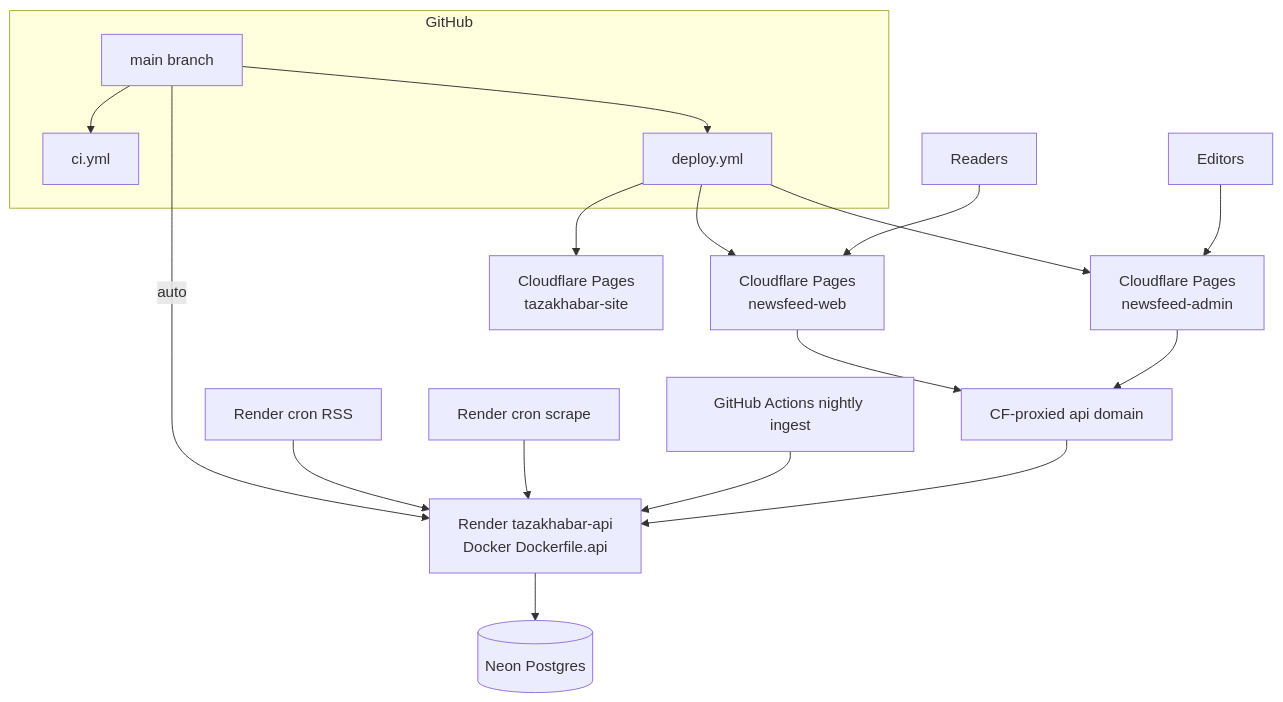
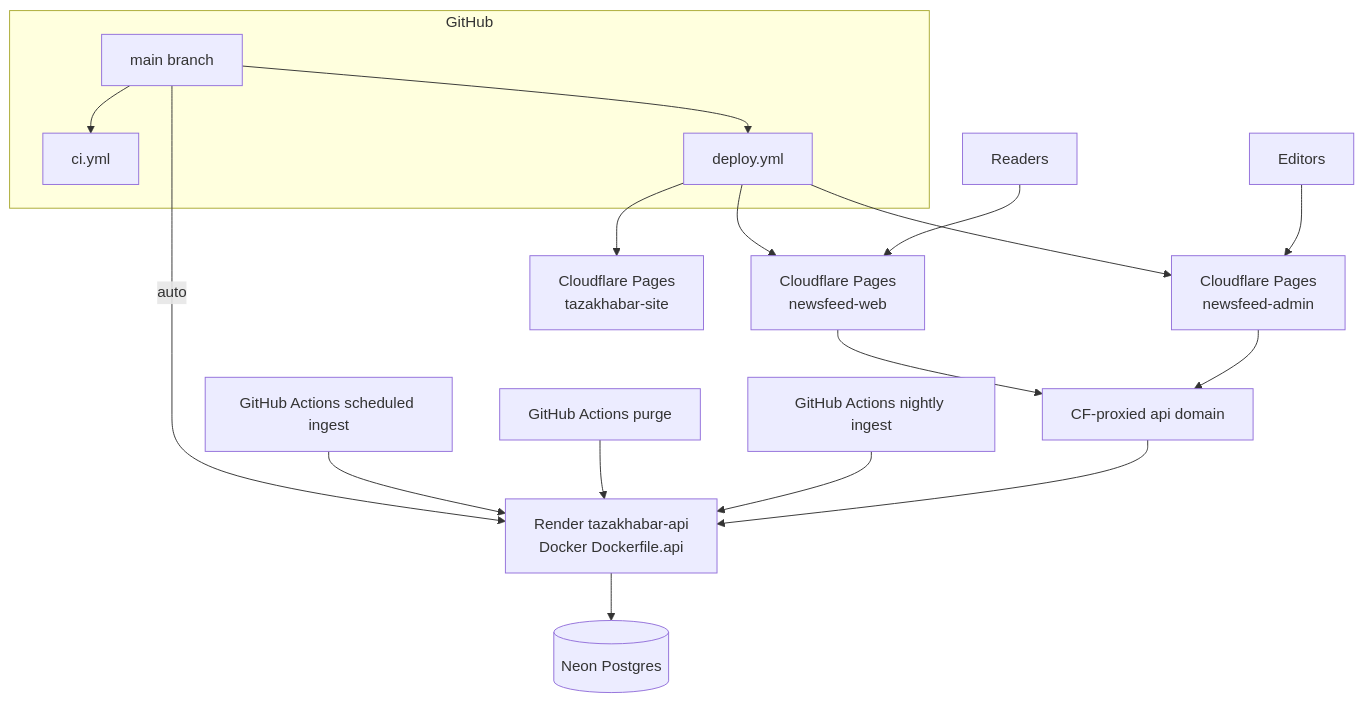
The diagram in docs/architecture/08-hosting-and-ci.md (sshivanshg/TAZAkhabar), drawn with Mermaid before and after one commit. The commit also changed other lines of this file and 4 other files, not shown here.

First line of the commit message:
chore: use GitHub Actions instead of Render crons on free tier

````diff
--- a/docs/architecture/08-hosting-and-ci.md
+++ b/docs/architecture/08-hosting-and-ci.md
@@ -17,24 +17,24 @@
 ```mermaid
 flowchart TB
   subgraph gh [GitHub]
     Main[main branch]
     CI[ci.yml]
     Deploy[deploy.yml]
   end
 
   Main --> CI
   Main -->|auto| Render[Render tazakhabar-api<br/>Docker Dockerfile.api]
   Main --> Deploy
   Deploy --> PagesWeb[Cloudflare Pages<br/>newsfeed-web]
   Deploy --> PagesSite[Cloudflare Pages<br/>tazakhabar-site]
   Deploy --> PagesAdmin[Cloudflare Pages<br/>newsfeed-admin]
   Render --> Neon[(Neon Postgres)]
-  CronRSS[Render cron RSS] --> Render
-  CronScrape[Render cron scrape] --> Render
+  GHAIngest[GitHub Actions scheduled ingest] --> Render
+  GHAPurge[GitHub Actions purge] --> Render
   CronDaily[GitHub Actions nightly ingest] --> Render
   Readers[Readers] --> PagesWeb
   Editors[Editors] --> PagesAdmin
   PagesWeb --> CFAPI[CF-proxied api domain]
   PagesAdmin --> CFAPI
   CFAPI --> Render
 ```
````
